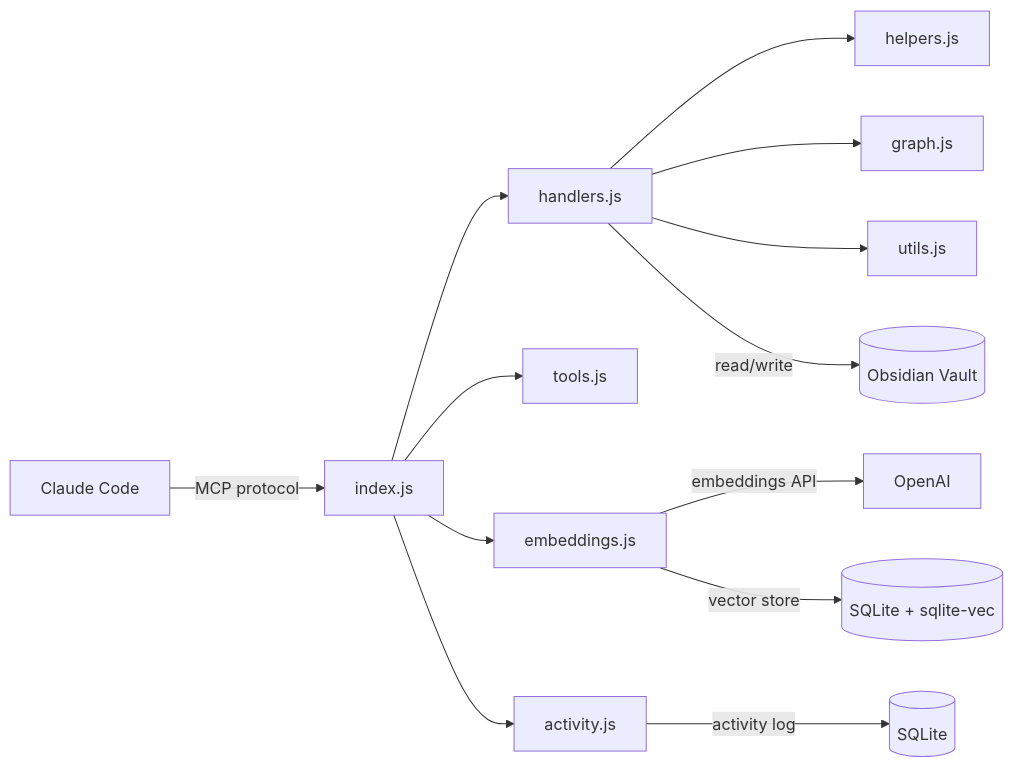
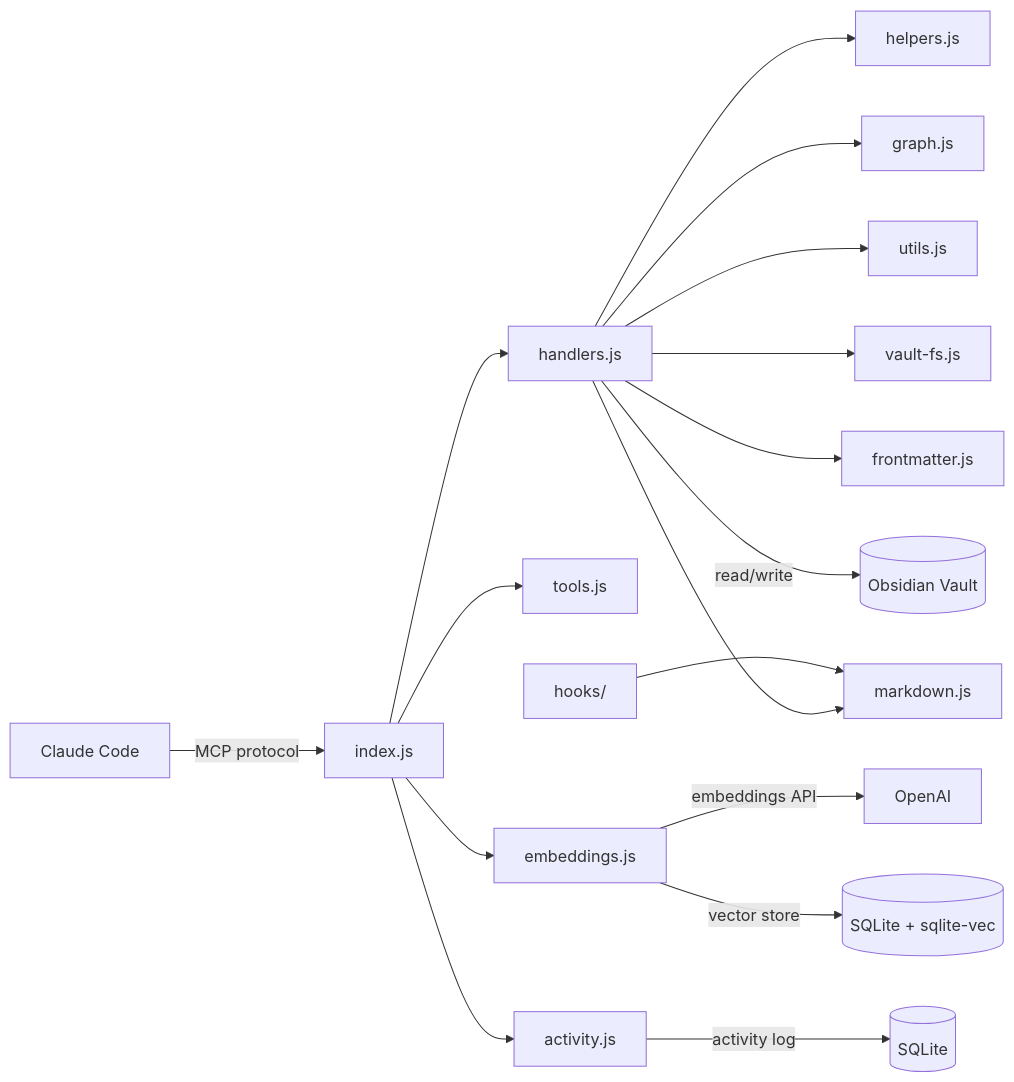
The diagram in README.md (AdrianV101/obsidian-pkm-plugin), drawn with Mermaid before and after one commit. The commit also changed other lines of this file and 4 other files, not shown here.

````diff
--- a/README.md
+++ b/README.md
@@ -267,15 +271,19 @@
 ```mermaid
 graph LR
     CC[Claude Code] -->|MCP protocol| IDX[index.js]
     IDX --> HND[handlers.js]
     IDX --> T[tools.js]
     IDX --> E[embeddings.js]
     IDX --> A[activity.js]
     HND --> H[helpers.js]
     HND --> G[graph.js]
     HND --> U[utils.js]
+    HND --> VFS[vault-fs.js]
+    HND --> MD[markdown.js]
+    HND --> FM[frontmatter.js]
+    HOOKS[hooks/] --> MD
     HND -->|read/write| V[(Obsidian Vault)]
     E -->|embeddings API| OAI[OpenAI]
     E -->|vector store| DB[(SQLite + sqlite-vec)]
     A -->|activity log| DB2[(SQLite)]
 ```
````
